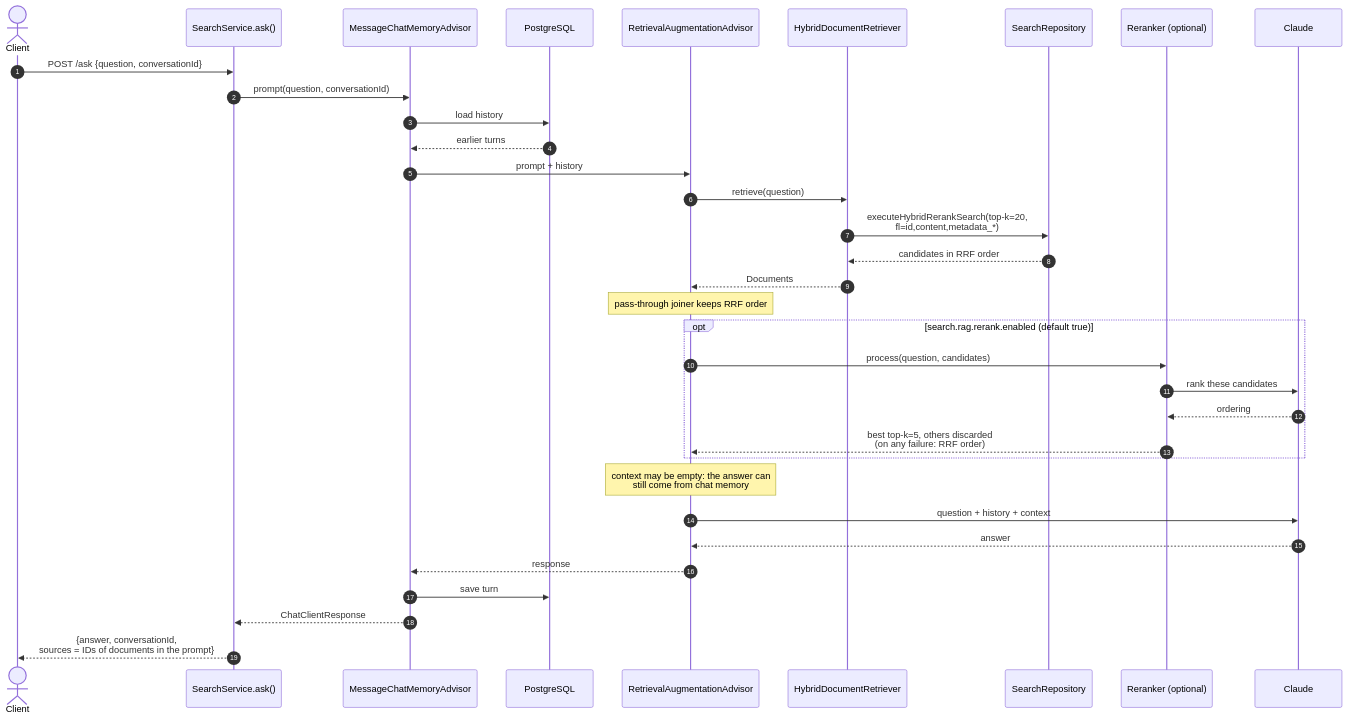
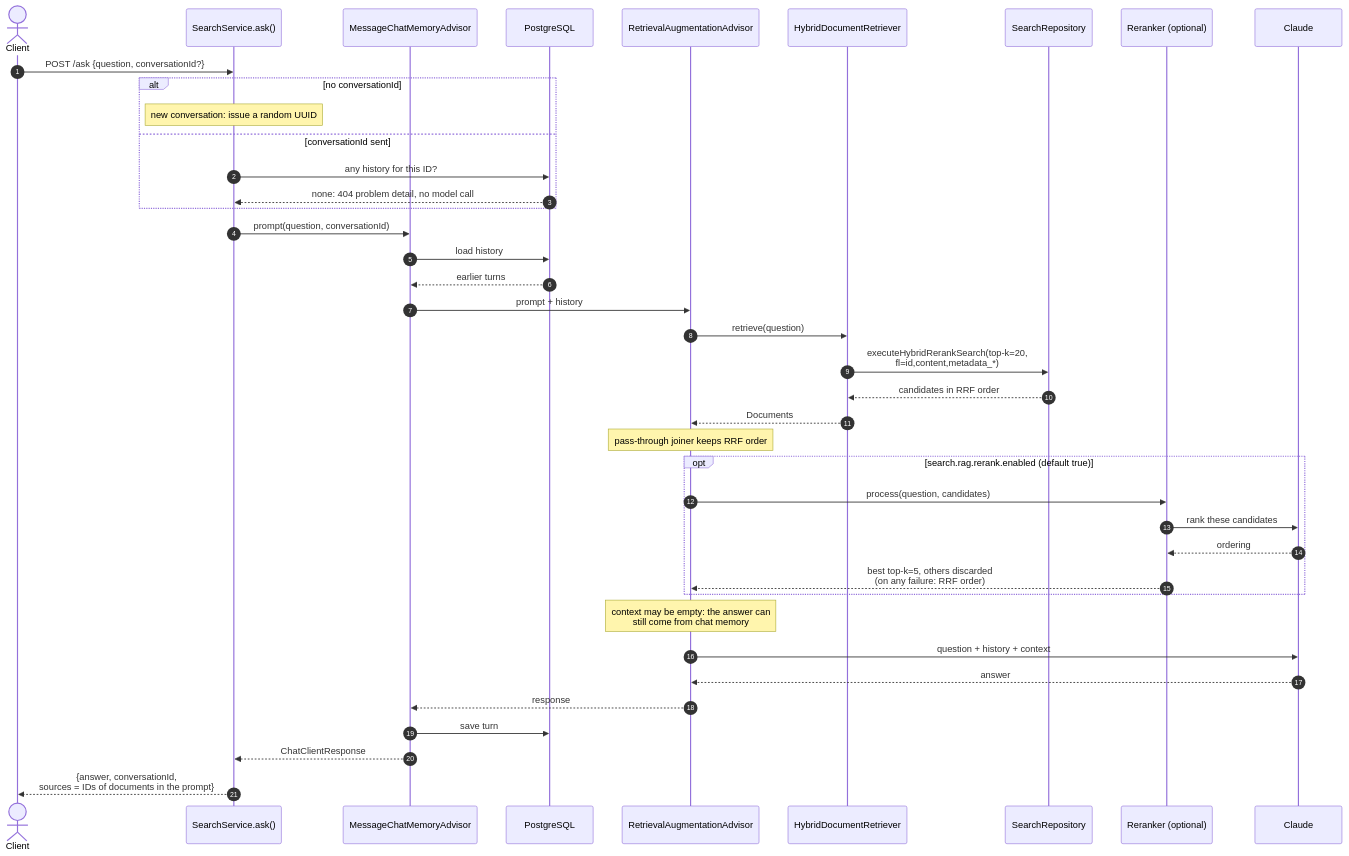
Before and after one commit to adityamparikh/ai-powered-search: the third of 4 diagrams in docs/architecture.md, drawn with Mermaid. The commit also changed 21 other files, not shown here.

First line of the commit message:
fix: issue conversation IDs on the server and drop the shared "default" conversation

````diff
--- a/docs/architecture.md
+++ b/docs/architecture.md
@@ -117,37 +117,43 @@
 ```mermaid
 sequenceDiagram
     autonumber
     actor U as Client
     participant SS as SearchService.ask()
     participant M as MessageChatMemoryAdvisor
     participant PG as PostgreSQL
     participant RA as RetrievalAugmentationAdvisor
     participant R as HybridDocumentRetriever
     participant SR as SearchRepository
     participant RR as Reranker (optional)
     participant C as Claude
 
-    U->>SS: POST /ask {question, conversationId}
+    U->>SS: POST /ask {question, conversationId?}
+    alt no conversationId
+        Note over SS: new conversation: issue a random UUID
+    else conversationId sent
+        SS->>PG: any history for this ID?
+        PG-->>SS: none: 404 problem detail, no model call
+    end
     SS->>M: prompt(question, conversationId)
     M->>PG: load history
     PG-->>M: earlier turns
     M->>RA: prompt + history
     RA->>R: retrieve(question)
     R->>SR: executeHybridRerankSearch(top-k=20,<br/>fl=id,content,metadata_*)
     SR-->>R: candidates in RRF order
     R-->>RA: Documents
     Note over RA: pass-through joiner keeps RRF order
     opt search.rag.rerank.enabled (default true)
         RA->>RR: process(question, candidates)
         RR->>C: rank these candidates
         C-->>RR: ordering
         RR-->>RA: best top-k=5, others discarded<br/>(on any failure: RRF order)
     end
     Note over RA: context may be empty: the answer can<br/>still come from chat memory
     RA->>C: question + history + context
     C-->>RA: answer
     RA-->>M: response
     M->>PG: save turn
     M-->>SS: ChatClientResponse
     SS-->>U: {answer, conversationId,<br/>sources = IDs of documents in the prompt}
 ```
````
